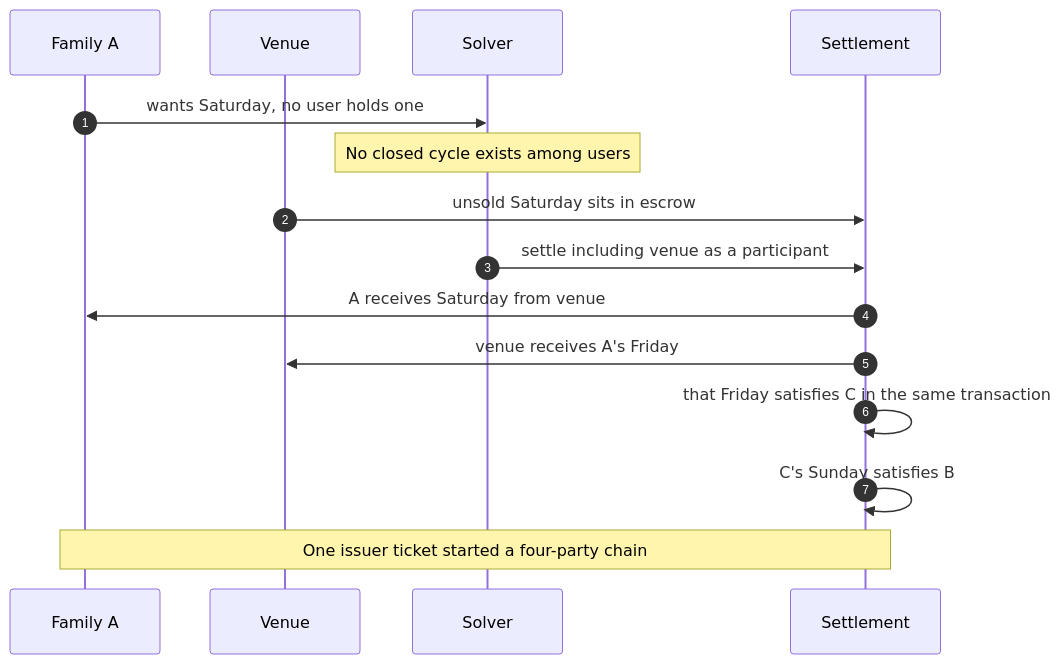
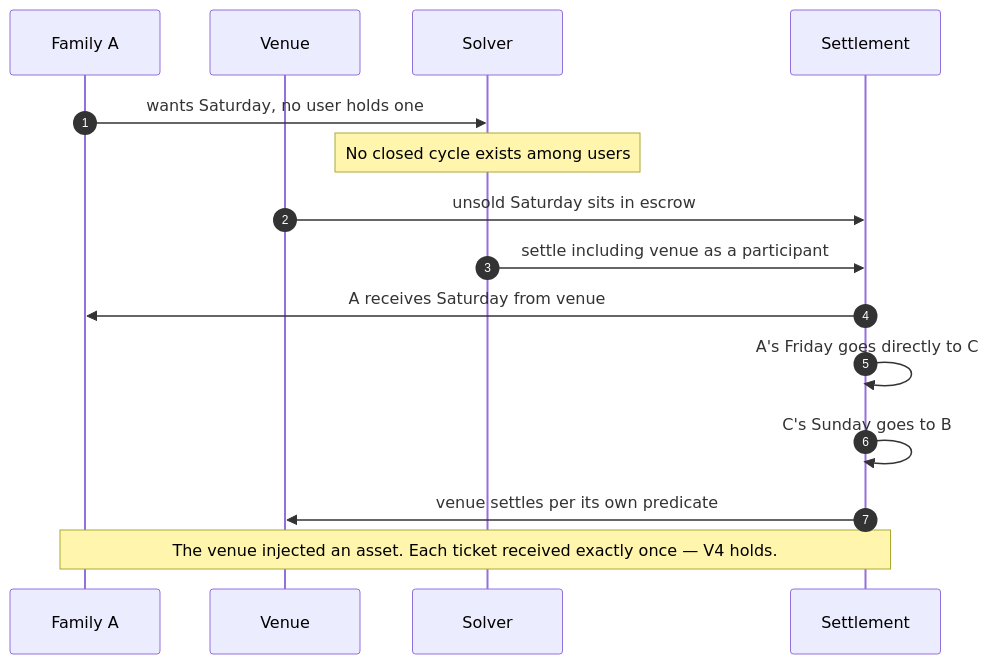
Diagram 24 of 26 in README.md (angelphoon7/online2026), drawn with Mermaid before and after one commit. The commit also changed other lines of this file and 6 other files, not shown here.

````diff
--- a/README.md
+++ b/README.md
@@ -748,18 +811,18 @@
 ```mermaid
 sequenceDiagram
     autonumber
     participant A as Family A
     participant V as Venue
     participant SOL as Solver
     participant SET as Settlement
 
     A->>SOL: wants Saturday, no user holds one
     Note over SOL: No closed cycle exists among users
     V->>SET: unsold Saturday sits in escrow
     SOL->>SET: settle including venue as a participant
     SET->>A: A receives Saturday from venue
-    SET->>V: venue receives A's Friday
-    SET->>SET: that Friday satisfies C in the same transaction
-    SET->>SET: C's Sunday satisfies B
-    Note over A,SET: One issuer ticket started a four-party chain
+    SET->>SET: A's Friday goes directly to C
+    SET->>SET: C's Sunday goes to B
+    SET->>V: venue settles per its own predicate
+    Note over A,SET: The venue injected an asset. Each ticket received exactly once — V4 holds.
 ```
````
